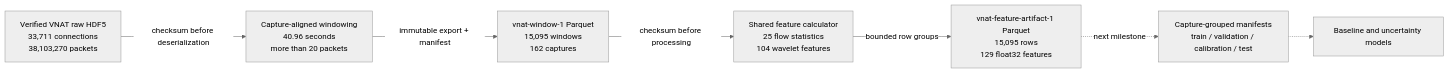
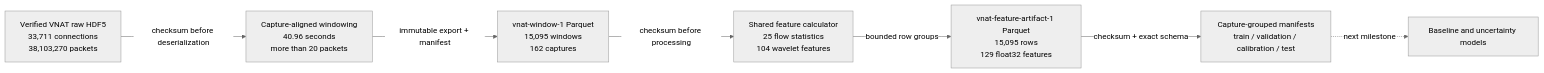
One commit to JCrossoverGithub/Parallax changed the diagram in docs/data-pipeline.md. Above: the diagram before and after it, drawn with Mermaid (neutral theme). The commit also changed other lines of this file and 6 other files, not shown here.

````diff
--- a/docs/data-pipeline.md
+++ b/docs/data-pipeline.md
@@ -11,17 +11,17 @@
 ```mermaid
 flowchart LR
     A[Verified VNAT raw HDF5<br/>33,711 connections<br/>38,103,270 packets]
     B[Capture-aligned windowing<br/>40.96 seconds<br/>more than 20 packets]
     C[vnat-window-1 Parquet<br/>15,095 windows<br/>162 captures]
     D[Shared feature calculator<br/>25 flow statistics<br/>104 wavelet features]
     E[vnat-feature-artifact-1 Parquet<br/>15,095 rows<br/>129 float32 features]
     F[Capture-grouped manifests<br/>train / validation / calibration / test]
     G[Baseline and uncertainty models]
 
     A -->|checksum before deserialization| B
     B -->|immutable export + manifest| C
     C -->|checksum before processing| D
     D -->|bounded row groups| E
-    E -. next milestone .-> F
-    F -.-> G
+    E -->|checksum + exact schema| F
+    F -. next milestone .-> G
 ```
````
